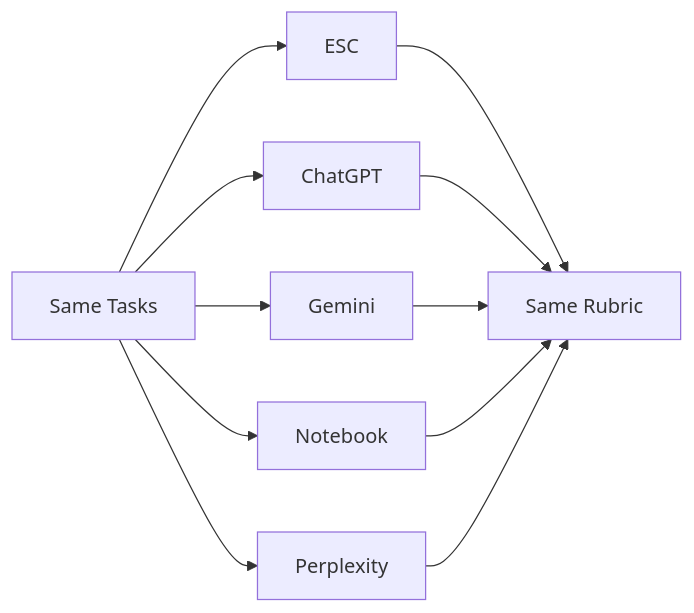
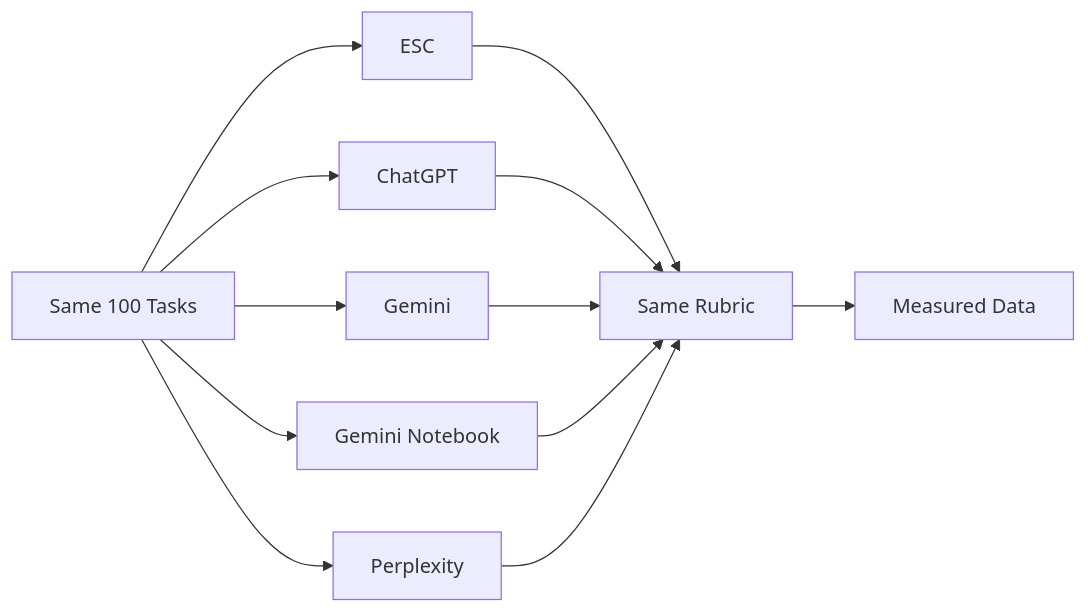
The tenth of 17 diagrams in README.md (mahik2007/hackathon), drawn with Mermaid before and after one commit. The commit also changed other lines of this file, not shown here.

First line of the commit message:
Revise README structure and enhance diagrams

````diff
--- a/README.md
+++ b/README.md
@@ -146,13 +219,15 @@
 ```mermaid
 flowchart LR
-Q[Same Tasks] --> E[ESC]
-Q --> C[ChatGPT]
-Q --> G[Gemini]
-Q --> N[Notebook]
-Q --> P[Perplexity]
-E --> R[Same Rubric]
-C --> R
-G --> R
-N --> R
-P --> R
+    Q[Same 100 Tasks]
+    Q --> E[ESC]
+    Q --> C[ChatGPT]
+    Q --> G[Gemini]
+    Q --> N[Gemini Notebook]
+    Q --> P[Perplexity]
+    E --> R[Same Rubric]
+    C --> R
+    G --> R
+    N --> R
+    P --> R
+    R --> D[Measured Data]
 ```
````
